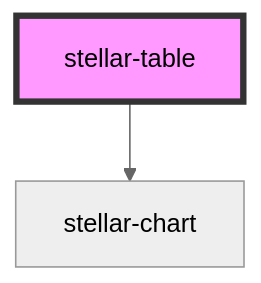
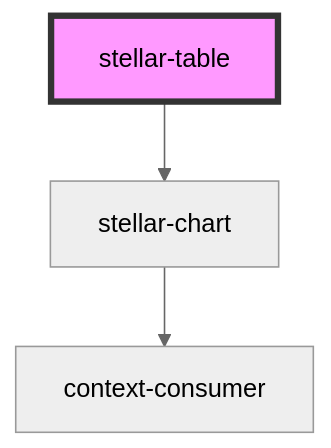
One commit to splitinfinities/Stellar changed the diagram in src/components/ui/table/readme.md. Above: the diagram before and after it, drawn with Mermaid (neutral theme). The commit also changed 44 other files, not shown here.

````diff
--- a/src/components/ui/table/readme.md
+++ b/src/components/ui/table/readme.md
@@ -25,5 +25,6 @@
 ```mermaid
 graph TD;
   stellar-table --> stellar-chart
+  stellar-chart --> context-consumer
   style stellar-table fill:#f9f,stroke:#333,stroke-width:4px
 ```
````
